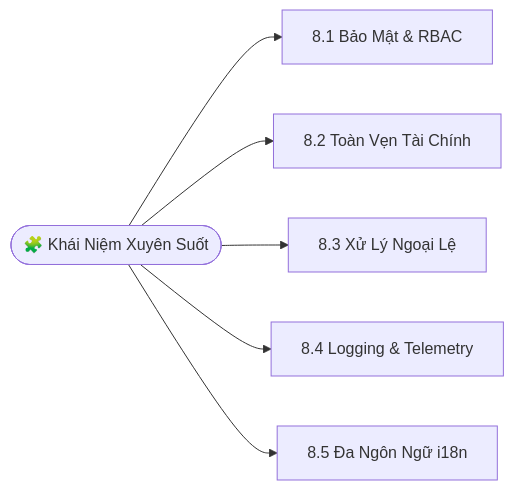
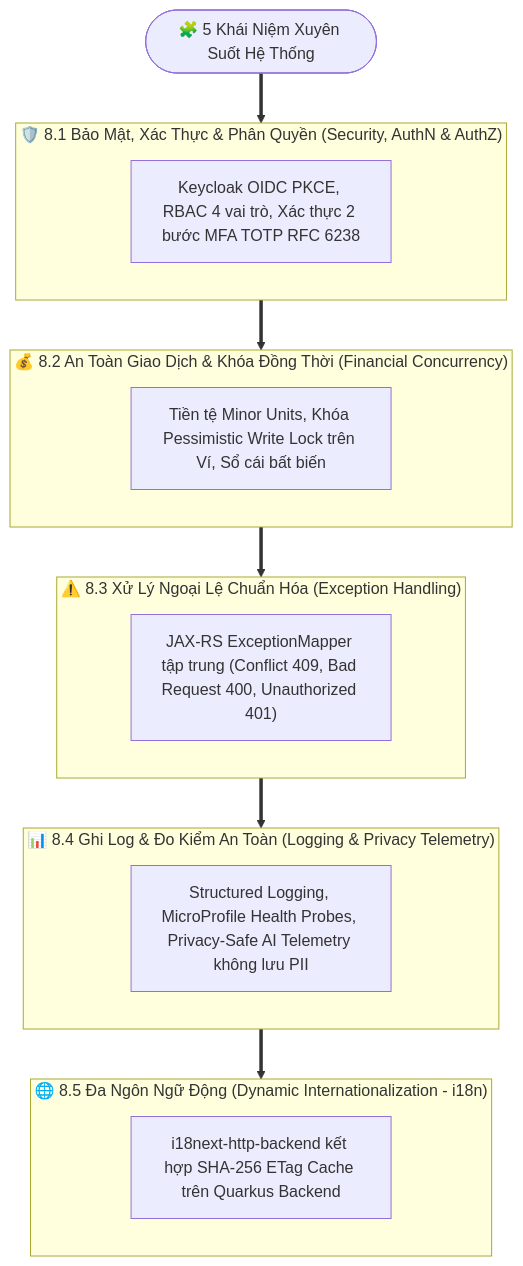
Before and after one commit to nhimtjofc/v-erp-lite: diagram 12 of 14 in docs/ARCHITECTURE_ARC42.md, drawn with Mermaid. The commit also changed other lines of this file, not shown here.

````diff
--- a/docs/ARCHITECTURE_ARC42.md
+++ b/docs/ARCHITECTURE_ARC42.md
@@ -576,16 +600,35 @@
 ```mermaid
-flowchart LR
-    RootConcept(["🧩 Khái Niệm Xuyên Suốt"])
+flowchart TB
+    RootConcept(["🧩 5 Khái Niệm Xuyên Suốt Hệ Thống"])
 
-    C1["8.1 Bảo Mật & RBAC"]
-    C2["8.2 Toàn Vẹn Tài Chính"]
-    C3["8.3 Xử Lý Ngoại Lệ"]
-    C4["8.4 Logging & Telemetry"]
-    C5["8.5 Đa Ngôn Ngữ i18n"]
+    subgraph C1 ["🛡️ 8.1 Bảo Mật, Xác Thực & Phân Quyền (Security, AuthN & AuthZ)"]
+        direction TB
+        C1_D["Keycloak OIDC PKCE, RBAC 4 vai trò, Xác thực 2 bước MFA TOTP RFC 6238"]
+    end
 
-    RootConcept --> C1
-    RootConcept --> C2
-    RootConcept --> C3
-    RootConcept --> C4
-    RootConcept --> C5
+    subgraph C2 ["💰 8.2 An Toàn Giao Dịch & Khóa Đồng Thời (Financial Concurrency)"]
+        direction TB
+        C2_D["Tiền tệ Minor Units, Khóa Pessimistic Write Lock trên Ví, Sổ cái bất biến"]
+    end
+
+    subgraph C3 ["⚠️ 8.3 Xử Lý Ngoại Lệ Chuẩn Hóa (Exception Handling)"]
+        direction TB
+        C3_D["JAX-RS ExceptionMapper tập trung (Conflict 409, Bad Request 400, Unauthorized 401)"]
+    end
+
+    subgraph C4 ["📊 8.4 Ghi Log & Đo Kiểm An Toàn (Logging & Privacy Telemetry)"]
+        direction TB
+        C4_D["Structured Logging, MicroProfile Health Probes, Privacy-Safe AI Telemetry không lưu PII"]
+    end
+
+    subgraph C5 ["🌐 8.5 Đa Ngôn Ngữ Động (Dynamic Internationalization - i18n)"]
+        direction TB
+        C5_D["i18next-http-backend kết hợp SHA-256 ETag Cache trên Quarkus Backend"]
+    end
+
+    RootConcept ==> C1
+    C1 ==> C2
+    C2 ==> C3
+    C3 ==> C4
+    C4 ==> C5
 ```
````
